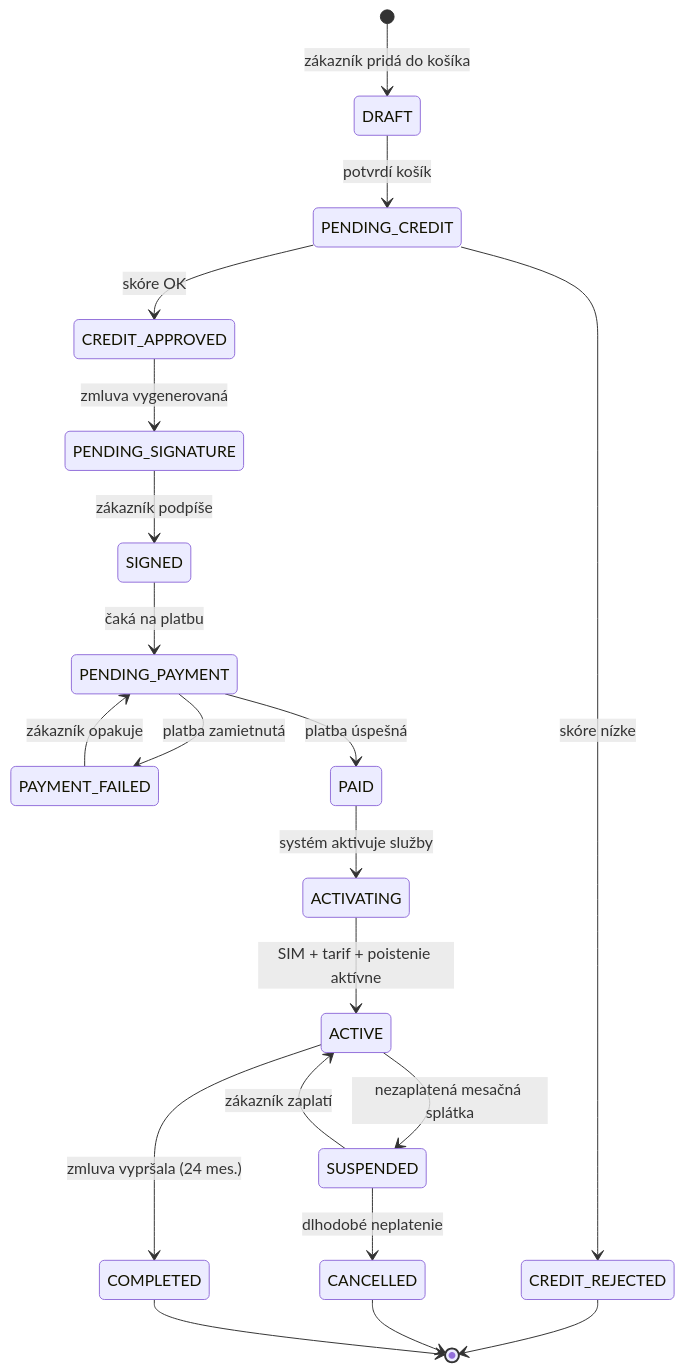
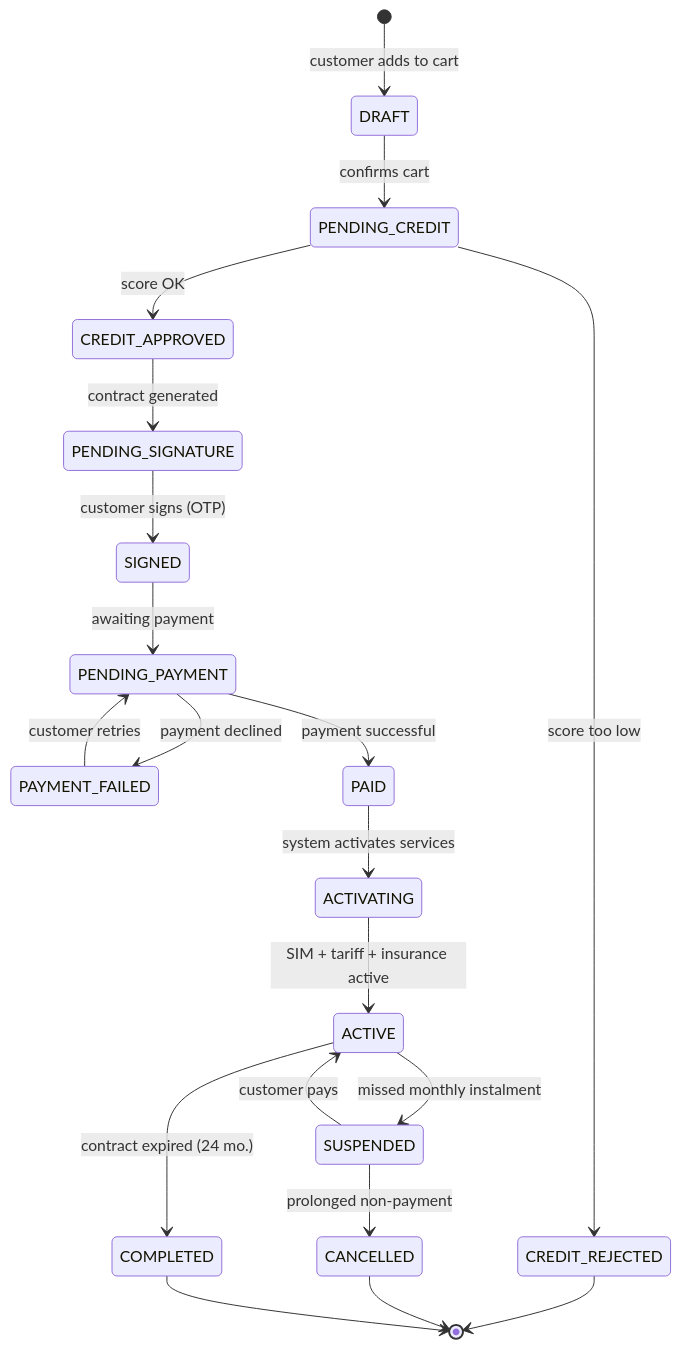
The third of 4 diagrams in telecom/purchase-flow.md (Jurajjjjj1988/it-analyst-portfolio), drawn with Mermaid before and after one commit. The commit also changed other lines of this file and 3 other files, not shown here.

First line of the commit message:
feat: add user stories, Postman collection, translate diagrams to English

````diff
--- a/telecom/purchase-flow.md
+++ b/telecom/purchase-flow.md
@@ -102,28 +102,28 @@
 ```mermaid
 stateDiagram-v2
-    [*] --> DRAFT : zákazník pridá do košíka
+    [*] --> DRAFT : customer adds to cart
 
-    DRAFT --> PENDING_CREDIT : potvrdí košík
-    PENDING_CREDIT --> CREDIT_APPROVED : skóre OK
-    PENDING_CREDIT --> CREDIT_REJECTED : skóre nízke
+    DRAFT --> PENDING_CREDIT : confirms cart
+    PENDING_CREDIT --> CREDIT_APPROVED : score OK
+    PENDING_CREDIT --> CREDIT_REJECTED : score too low
 
-    CREDIT_APPROVED --> PENDING_SIGNATURE : zmluva vygenerovaná
-    PENDING_SIGNATURE --> SIGNED : zákazník podpíše
+    CREDIT_APPROVED --> PENDING_SIGNATURE : contract generated
+    PENDING_SIGNATURE --> SIGNED : customer signs (OTP)
 
-    SIGNED --> PENDING_PAYMENT : čaká na platbu
-    PENDING_PAYMENT --> PAYMENT_FAILED : platba zamietnutá
-    PAYMENT_FAILED --> PENDING_PAYMENT : zákazník opakuje
+    SIGNED --> PENDING_PAYMENT : awaiting payment
+    PENDING_PAYMENT --> PAYMENT_FAILED : payment declined
+    PAYMENT_FAILED --> PENDING_PAYMENT : customer retries
 
-    PENDING_PAYMENT --> PAID : platba úspešná
-    PAID --> ACTIVATING : systém aktivuje služby
-    ACTIVATING --> ACTIVE : SIM + tarif + poistenie aktívne
+    PENDING_PAYMENT --> PAID : payment successful
+    PAID --> ACTIVATING : system activates services
+    ACTIVATING --> ACTIVE : SIM + tariff + insurance active
 
-    ACTIVE --> SUSPENDED : nezaplatená mesačná splátka
-    SUSPENDED --> ACTIVE : zákazník zaplatí
-    SUSPENDED --> CANCELLED : dlhodobé neplatenie
+    ACTIVE --> SUSPENDED : missed monthly instalment
+    SUSPENDED --> ACTIVE : customer pays
+    SUSPENDED --> CANCELLED : prolonged non-payment
 
-    ACTIVE --> COMPLETED : zmluva vypršala (24 mes.)
+    ACTIVE --> COMPLETED : contract expired (24 mo.)
     CREDIT_REJECTED --> [*]
     CANCELLED --> [*]
     COMPLETED --> [*]
 ```
````
